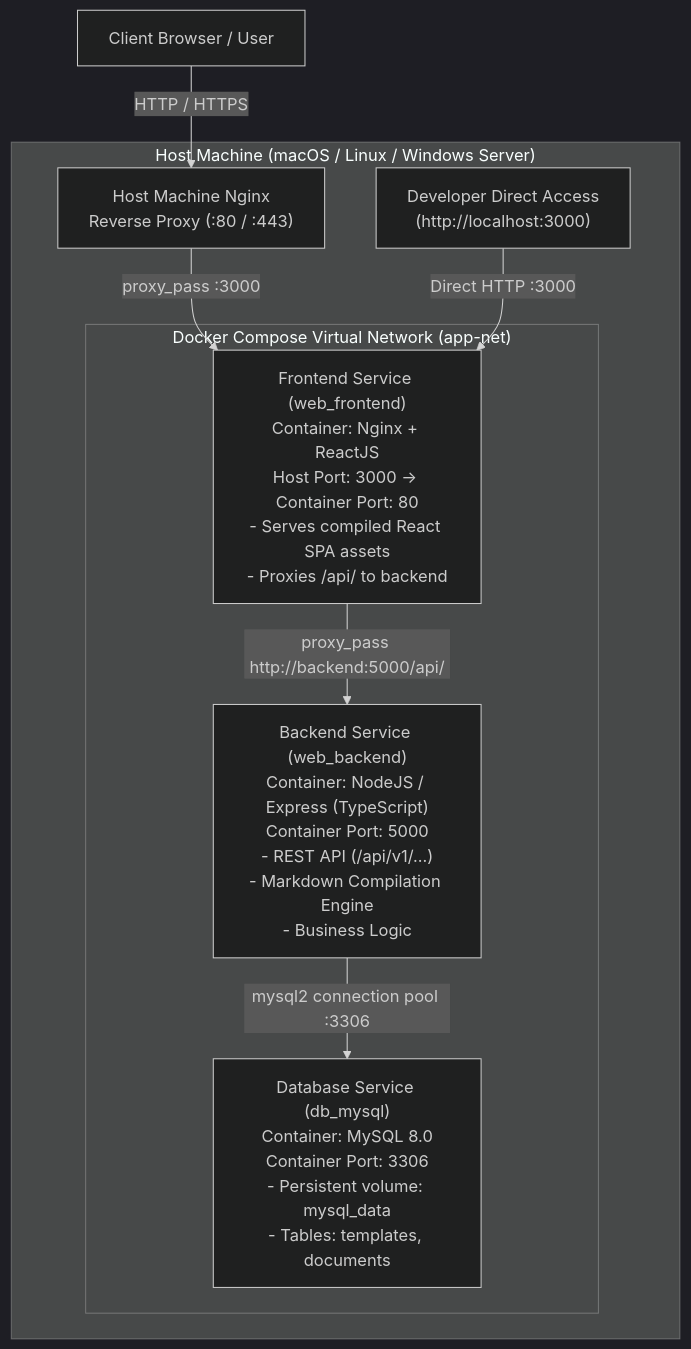
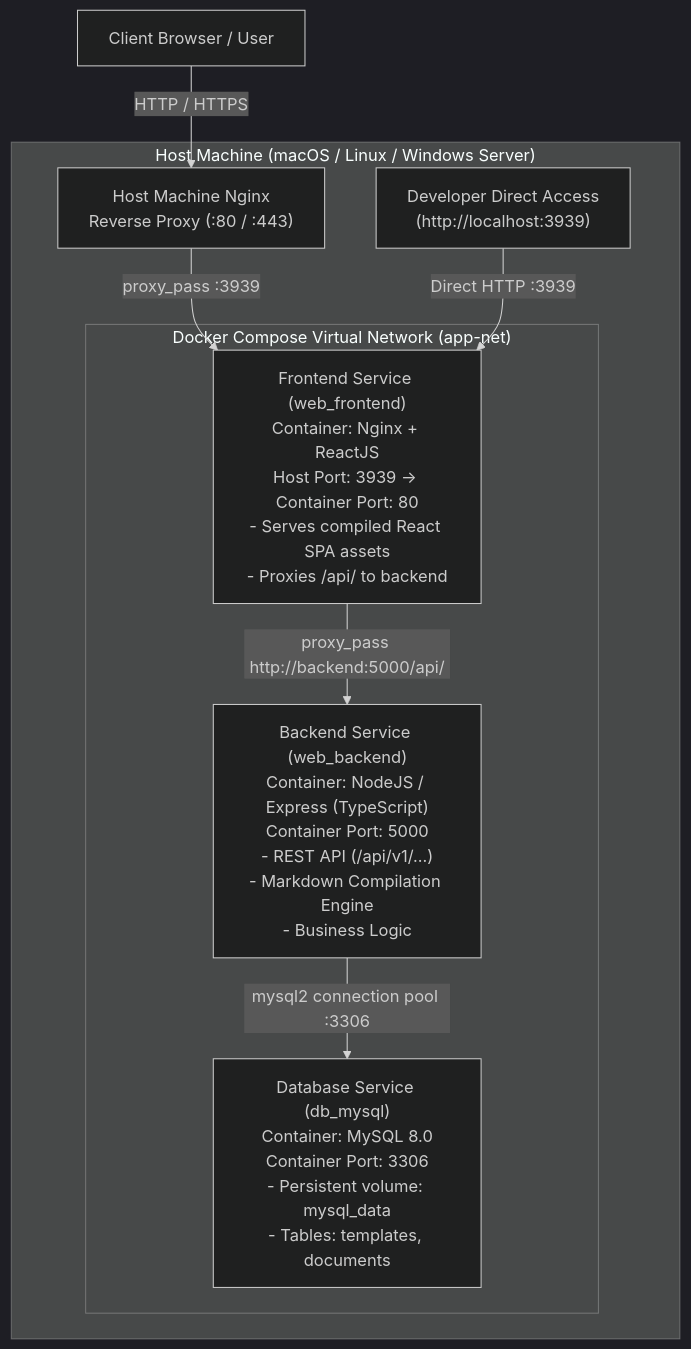
One commit to ISSI-Lab/documentation changed the diagram in docs/design/architecture/00-system-overview.md. Above: the diagram before and after it, drawn with Mermaid (dark theme). The commit also changed other lines of this file and 24 other files, not shown here.

````diff
--- a/docs/design/architecture/00-system-overview.md
+++ b/docs/design/architecture/00-system-overview.md
@@ -11,21 +11,21 @@
 ```mermaid
 graph TD
     Client["Client Browser / User"]
     
     subgraph Host["Host Machine (macOS / Linux / Windows Server)"]
         HostNginx["Host Machine Nginx<br/>Reverse Proxy (:80 / :443)"]
-        DevUser["Developer Direct Access<br/>(http://localhost:3000)"]
+        DevUser["Developer Direct Access<br/>(http://localhost:3939)"]
         
         subgraph DockerCompose["Docker Compose Virtual Network (app-net)"]
-            ContainerNginx["Frontend Service (web_frontend)<br/>Container: Nginx + ReactJS<br/>Host Port: 3000 -> Container Port: 80<br/>- Serves compiled React SPA assets<br/>- Proxies /api/ to backend"]
+            ContainerNginx["Frontend Service (web_frontend)<br/>Container: Nginx + ReactJS<br/>Host Port: 3939 -> Container Port: 80<br/>- Serves compiled React SPA assets<br/>- Proxies /api/ to backend"]
             Backend["Backend Service (web_backend)<br/>Container: NodeJS / Express (TypeScript)<br/>Container Port: 5000<br/>- REST API (/api/v1/...)<br/>- Markdown Compilation Engine<br/>- Business Logic"]
             Database["Database Service (db_mysql)<br/>Container: MySQL 8.0<br/>Container Port: 3306<br/>- Persistent volume: mysql_data<br/>- Tables: templates, documents"]
         end
     end
 
     Client -->|HTTP / HTTPS| HostNginx
-    HostNginx -->|proxy_pass :3000| ContainerNginx
-    DevUser -->|Direct HTTP :3000| ContainerNginx
+    HostNginx -->|proxy_pass :3939| ContainerNginx
+    DevUser -->|Direct HTTP :3939| ContainerNginx
     ContainerNginx -->|proxy_pass http://backend:5000/api/| Backend
     Backend -->|mysql2 connection pool :3306| Database
 ```
````
